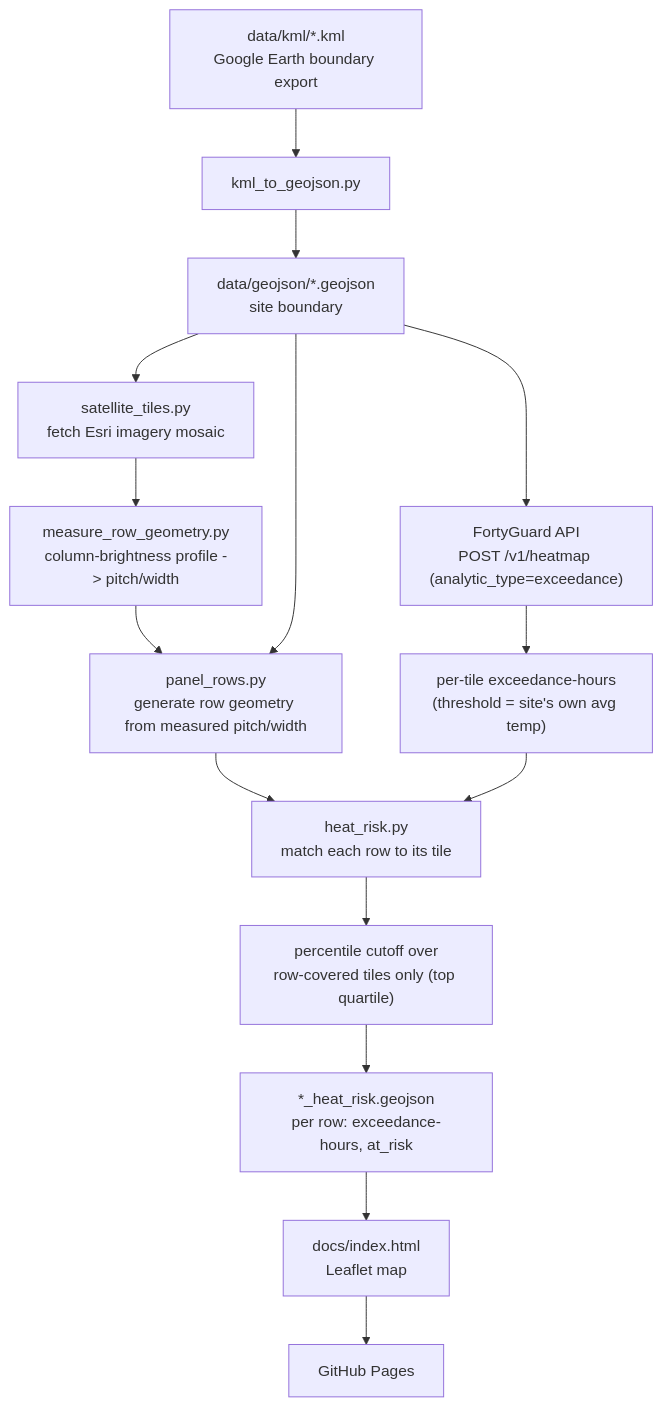
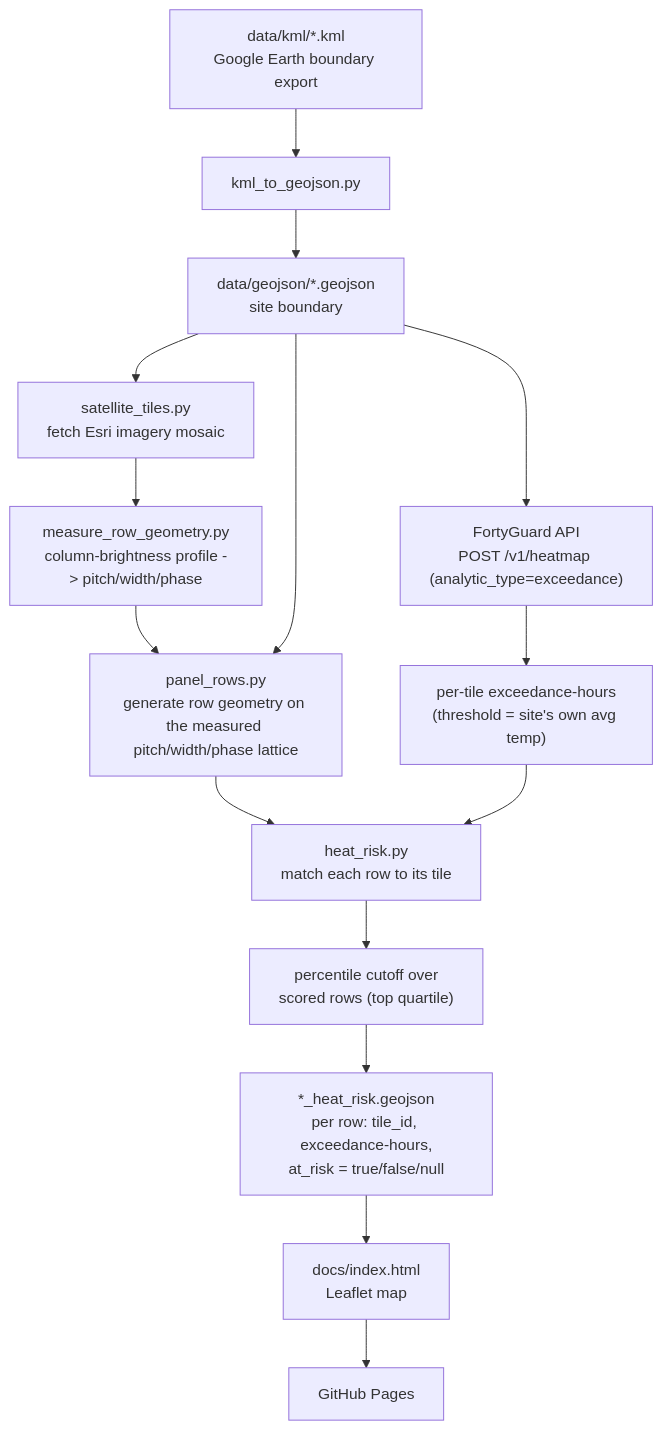
One commit to ASAD-BE18/solar-heat-guard changed the diagram in README.md. Above: the diagram before and after it, drawn with Mermaid. The commit also changed other lines of this file and 1 other file, not shown here.

First line of the commit message:
docs: correct the result figures and document phase, resolution, no-data

````diff
--- a/README.md
+++ b/README.md
@@ -33,23 +33,23 @@
 ```mermaid
 flowchart TD
     KML["data/kml/*.kml<br/>Google Earth boundary export"] --> K2G["kml_to_geojson.py"]
     K2G --> SITE["data/geojson/*.geojson<br/>site boundary"]
 
     SITE --> SAT["satellite_tiles.py<br/>fetch Esri imagery mosaic"]
-    SAT --> MEASURE["measure_row_geometry.py<br/>column-brightness profile -> pitch/width"]
-    MEASURE --> PR["panel_rows.py<br/>generate row geometry from measured pitch/width"]
+    SAT --> MEASURE["measure_row_geometry.py<br/>column-brightness profile -> pitch/width/phase"]
+    MEASURE --> PR["panel_rows.py<br/>generate row geometry on the measured pitch/width/phase lattice"]
 
     SITE --> PR
     SITE --> HM["FortyGuard API<br/>POST /v1/heatmap (analytic_type=exceedance)"]
 
     HM --> TILES["per-tile exceedance-hours<br/>(threshold = site's own avg temp)"]
 
     PR --> OVERLAY["heat_risk.py<br/>match each row to its tile"]
     TILES --> OVERLAY
 
-    OVERLAY --> PCTL["percentile cutoff over<br/>row-covered tiles only (top quartile)"]
+    OVERLAY --> PCTL["percentile cutoff over<br/>scored rows (top quartile)"]
 
-    PCTL --> RISK["*_heat_risk.geojson<br/>per row: exceedance-hours, at_risk"]
+    PCTL --> RISK["*_heat_risk.geojson<br/>per row: tile_id, exceedance-hours,<br/>at_risk = true/false/null"]
     RISK --> VIZ["docs/index.html<br/>Leaflet map"]
     VIZ --> PAGES["GitHub Pages"]
 ```
````
